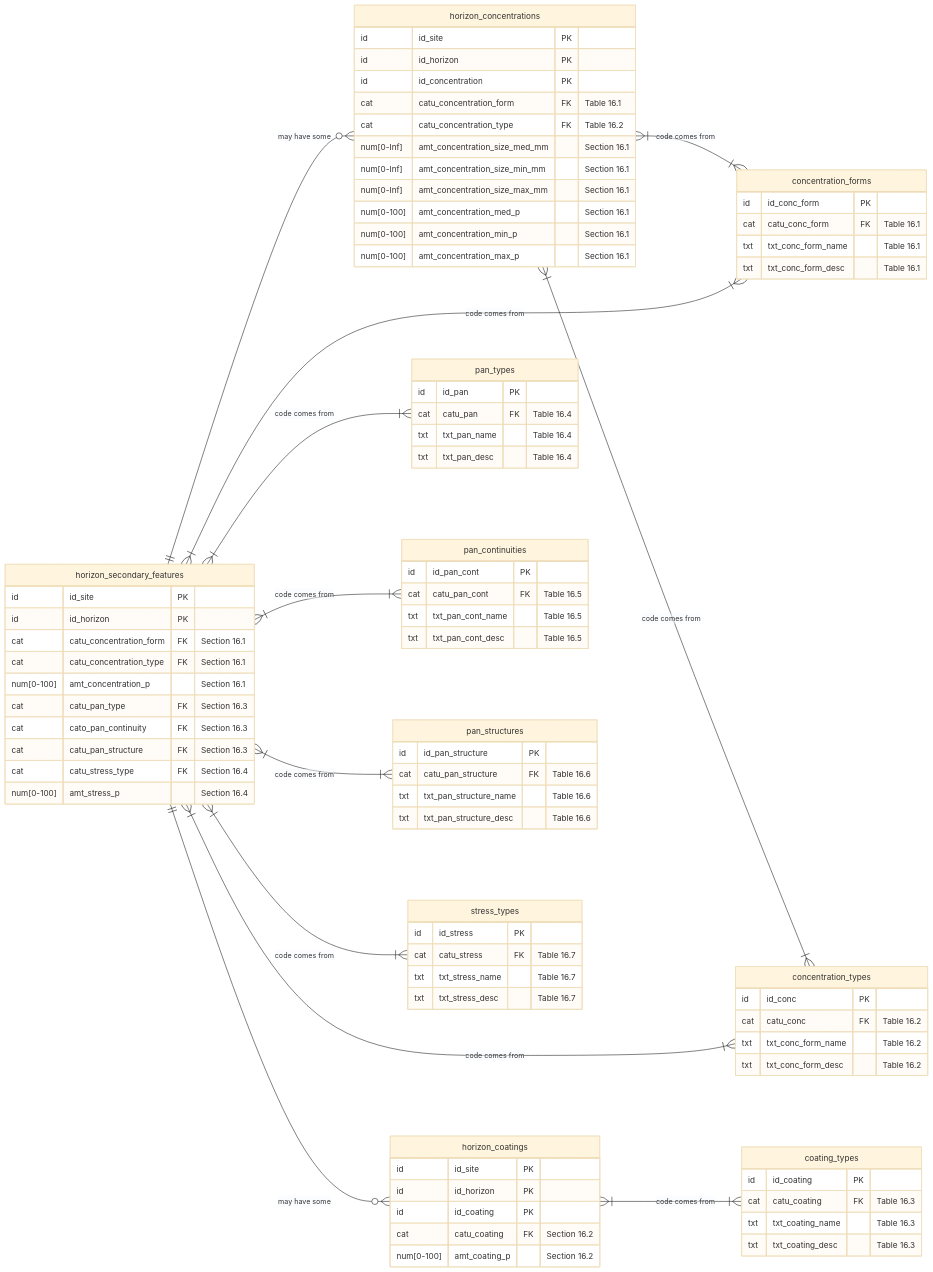
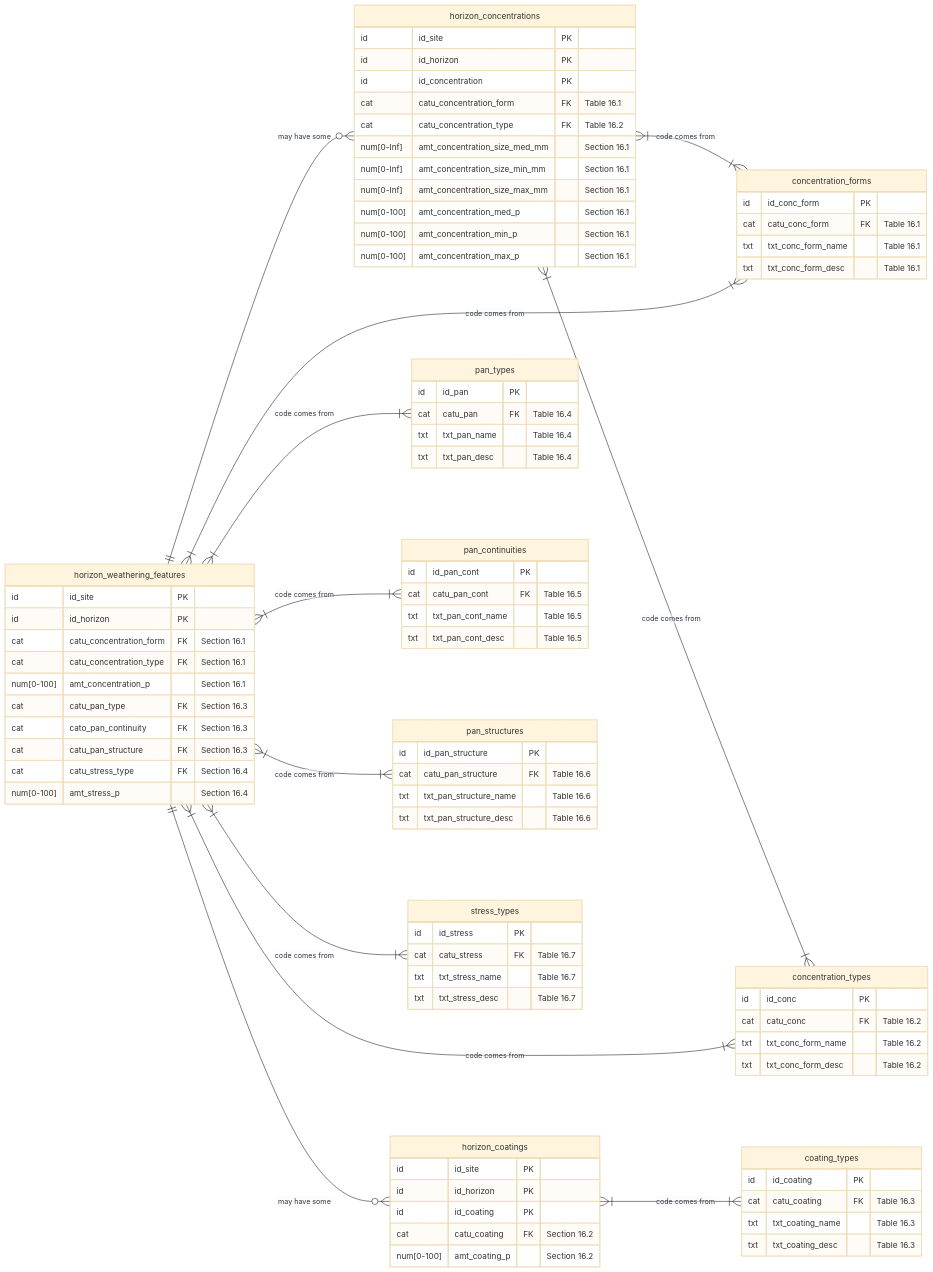
One commit to manaakiwhenua/NZ_soildesc_2024 changed diagram 17 of 27 in ap_03_database_design.qmd. Above: the diagram before and after it, drawn with Mermaid (base theme). The commit also changed other lines of this file, not shown here.

```diff
--- a/ap_03_database_design.qmd
+++ b/ap_03_database_design.qmd
@@ -1462,20 +1506,20 @@
 
 erDiagram
   direction LR
-  horizon_secondary_features ||--o{ "horizon_concentrations" : "may have some"
+  horizon_weathering_features ||--o{ "horizon_concentrations" : "may have some"
   horizon_concentrations }|--|{ concentration_forms : "code comes from"
   horizon_concentrations }|--|{ concentration_types : "code comes from"
-  horizon_secondary_features ||--o{ "horizon_coatings" : "may have some"
+  horizon_weathering_features ||--o{ "horizon_coatings" : "may have some"
   horizon_coatings }|--|{ coating_types : "code comes from"
-  horizon_secondary_features }|--|{ concentration_forms : "code comes from"
-  horizon_secondary_features }|--|{ concentration_types : "code comes from"
-  horizon_secondary_features }|--|{ pan_types : "code comes from"
-  horizon_secondary_features }|--|{ pan_continuities : "code comes from"
-  horizon_secondary_features }|--|{ pan_structures : "code comes from"
-  horizon_secondary_features }|--|{ stress_types : "code comes from"
+  horizon_weathering_features }|--|{ concentration_forms : "code comes from"
+  horizon_weathering_features }|--|{ concentration_types : "code comes from"
+  horizon_weathering_features }|--|{ pan_types : "code comes from"
+  horizon_weathering_features }|--|{ pan_continuities : "code comes from"
+  horizon_weathering_features }|--|{ pan_structures : "code comes from"
+  horizon_weathering_features }|--|{ stress_types : "code comes from"
   
   %% data %%
-  horizon_secondary_features {
+  horizon_weathering_features {
     id          id_site PK
     id          id_horizon PK
     %% concentrations_rapid %%  
```
